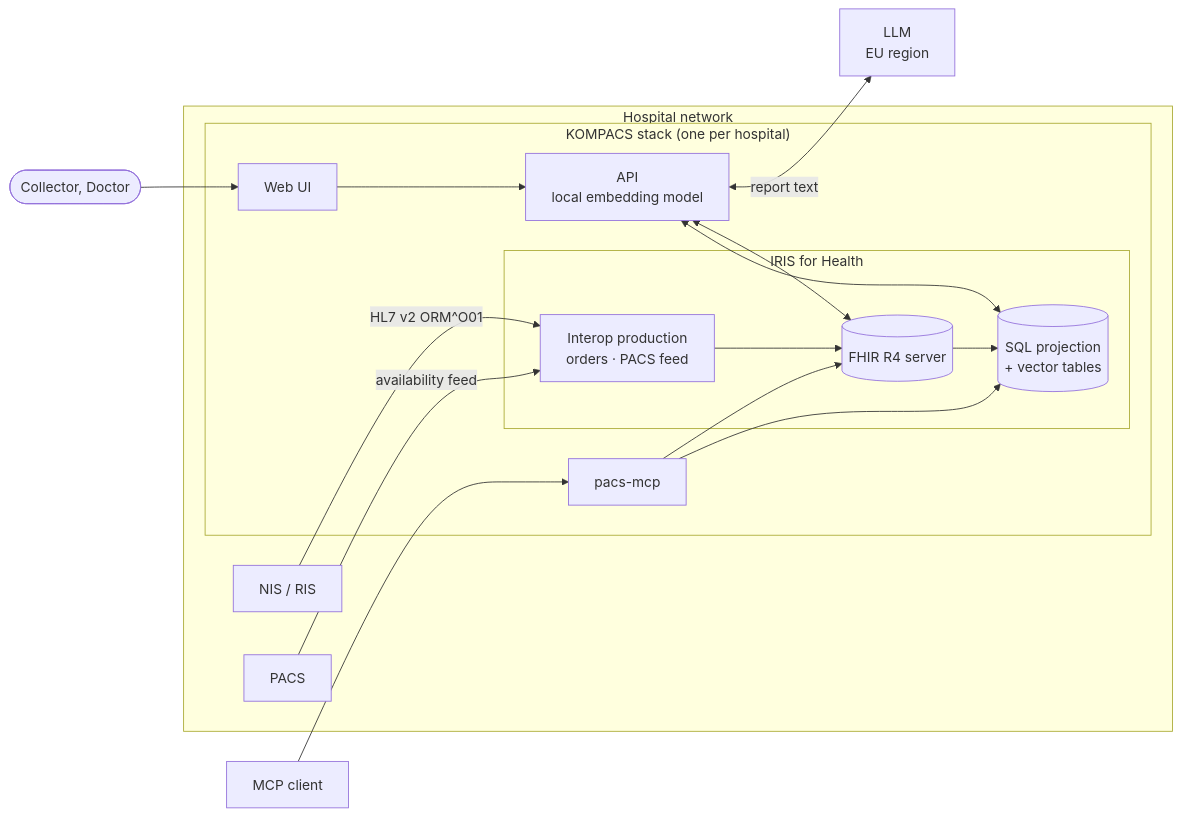
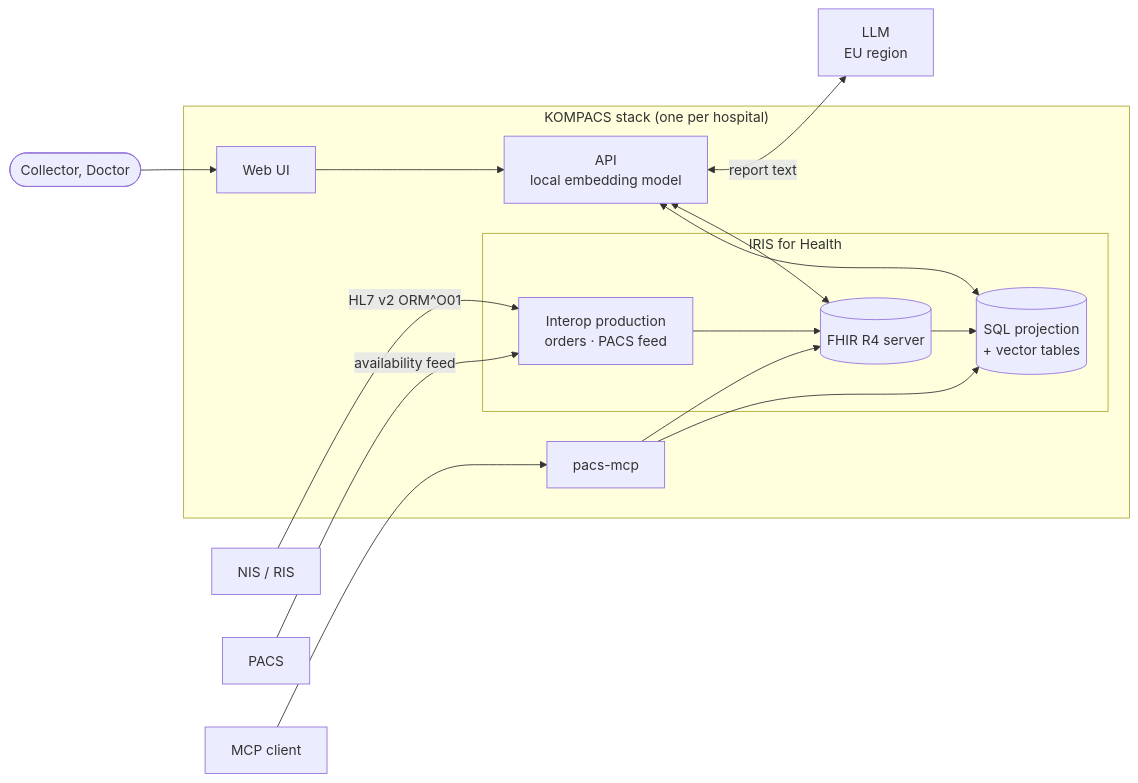
One commit to KomPACS/docs changed the diagram in src/content/docs/explanation/architecture.md. Above: the diagram before and after it, drawn with Mermaid. The commit also changed 4 other files, not shown here.

Commit message:
docs: add README, per-locale API sidebar, simpler architecture diagram

````diff
--- a/src/content/docs/explanation/architecture.md
+++ b/src/content/docs/explanation/architecture.md
@@ -12,31 +12,29 @@
 ```mermaid
 flowchart LR
-  subgraph HOSP["Hospital network"]
-    NIS["NIS / RIS"]
-    PACS["PACS"]
-    subgraph STACK["KOMPACS stack (one per hospital)"]
-      subgraph IRIS["IRIS for Health"]
-        PROD["Interop production<br/>orders · PACS feed"]
-        FHIR[("FHIR R4 server")]
-        SQL[("SQL projection<br/>+ vector tables")]
-      end
-      API["API<br/>local embedding model"]
-      WEB["Web UI"]
-      MCP["pacs-mcp"]
+  NIS["NIS / RIS"]
+  PACS["PACS"]
+  subgraph STACK["KOMPACS stack (one per hospital)"]
+    subgraph IRIS["IRIS for Health"]
+      PROD["Interop production<br/>orders · PACS feed"]
+      FHIR[("FHIR R4 server")]
+      SQL[("SQL projection<br/>+ vector tables")]
     end
+    API["API<br/>local embedding model"]
+    WEB["Web UI"]
+    MCP["pacs-mcp"]
   end
   LLM["LLM<br/>EU region"]
   USER(["Collector, Doctor"])
   AGENT["MCP client"]
 
   NIS -->|"HL7 v2 ORM^O01"| PROD
   PACS -->|"availability feed"| PROD
   PROD --> FHIR --> SQL
   USER --> WEB --> API
   API <--> FHIR
   API <--> SQL
   API <-->|"report text"| LLM
   AGENT --> MCP
   MCP --> FHIR
   MCP --> SQL
 ```
````
